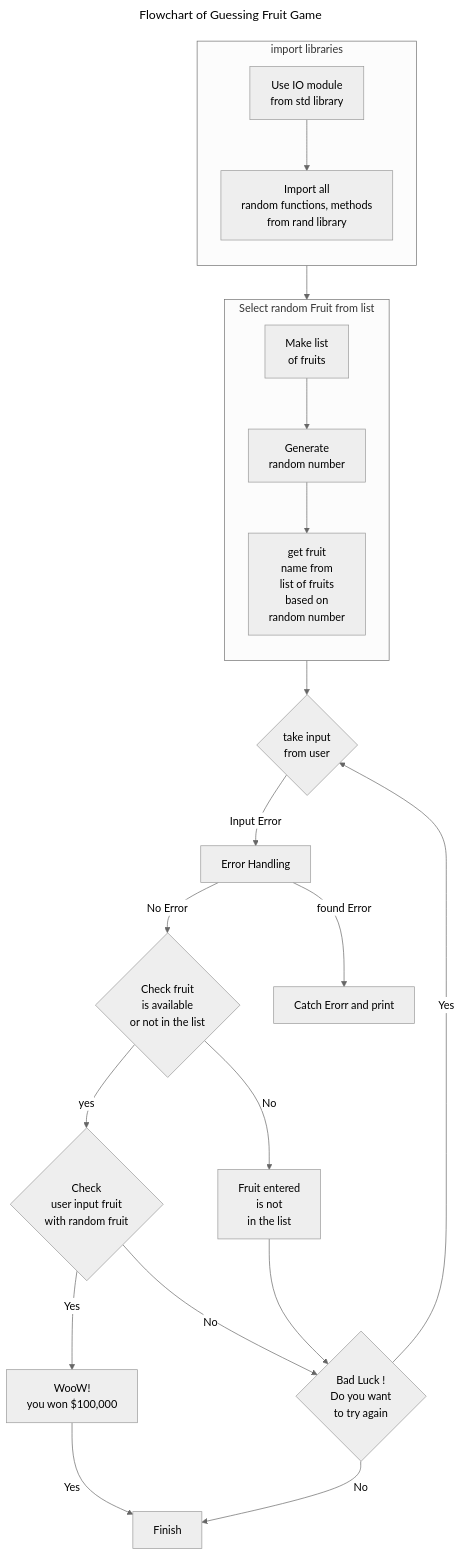
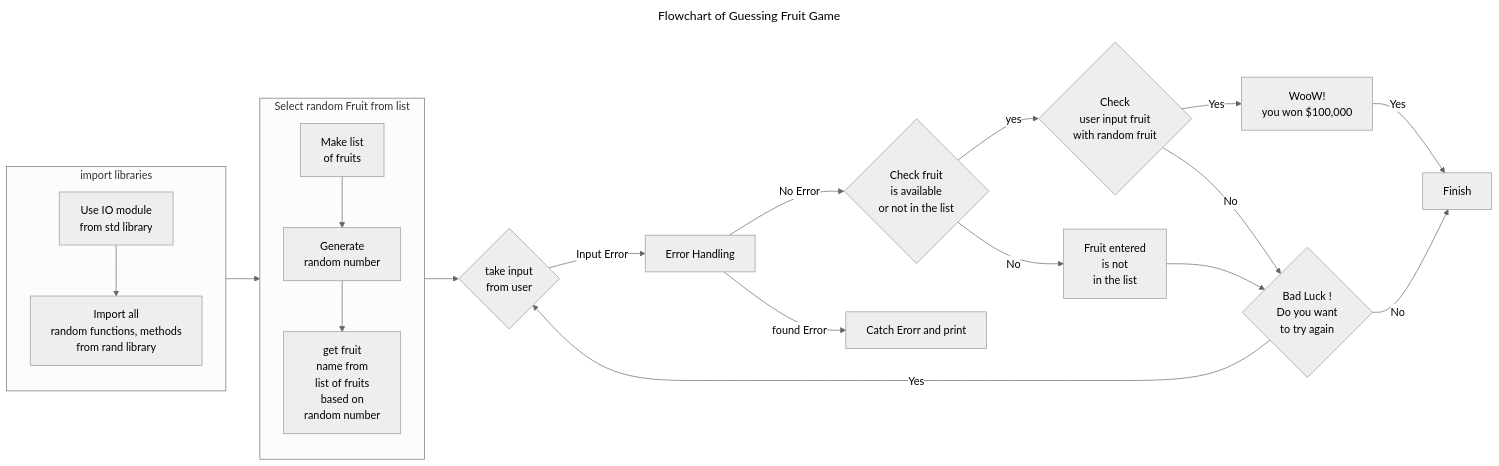
Before and after one commit to Kalpa-Ranjan/rust_guessing_game: the first of 2 diagrams in README.md, drawn with Mermaid (neutral theme).

Commit message:
Update README.md v0.07

````diff
--- a/README.md
+++ b/README.md
@@ -5,80 +5,80 @@
 ```mermaid
 ---
 title: Flowchart of Guessing Fruit Game
 ---
-flowchart TB
+flowchart LR
     subgraph import[import libraries]
     direction TB
     std[Use IO module
     from std library]
 
     rand[Import all 
     random functions, methods
      from rand library]
     end
     std --> rand
 
     subgraph select[Select random Fruit from list]
     direction TB
 
     fruitslist[Make list
     of fruits]
 
     randNo[Generate
     random number]
 
     randomfruit[get fruit
     name from 
     list of fruits 
     based on
     random number
     ]
     end
 
     fruitslist --> randNo --> randomfruit
     
     inputfromuser{take input
     from user}
 
 
 
     errorHandling[Error Handling]
 
     check{Check 
     user input fruit
     with random fruit}
 
     Checkfruit{Check fruit 
     is available 
     or not in the list}
 
     Nofruitavailable[Fruit entered
      is not 
      in the list]
 
     Yesfruitavailable[WooW!
     you won $100,000]
 
     Finish[Finish]
 
     tryagain{Bad Luck !
     Do you want 
     to try again}
 
 
 
     import --> select --> inputfromuser --Input Error --> errorHandling --No Error --> Checkfruit
 
     errorHandling --found Error --> catherrorprint[Catch Erorr and print]
 
     Checkfruit -- yes --> check --Yes --> Yesfruitavailable --Yes --> Finish
 
     check -- No --> tryagain
     Checkfruit -- No --> Nofruitavailable --> tryagain
 
     tryagain -- No --> Finish
 
     tryagain -- Yes --> inputfromuser
 
 
 ```
````
